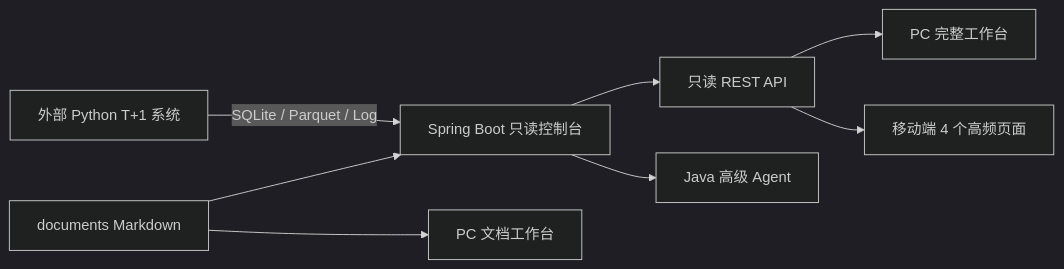
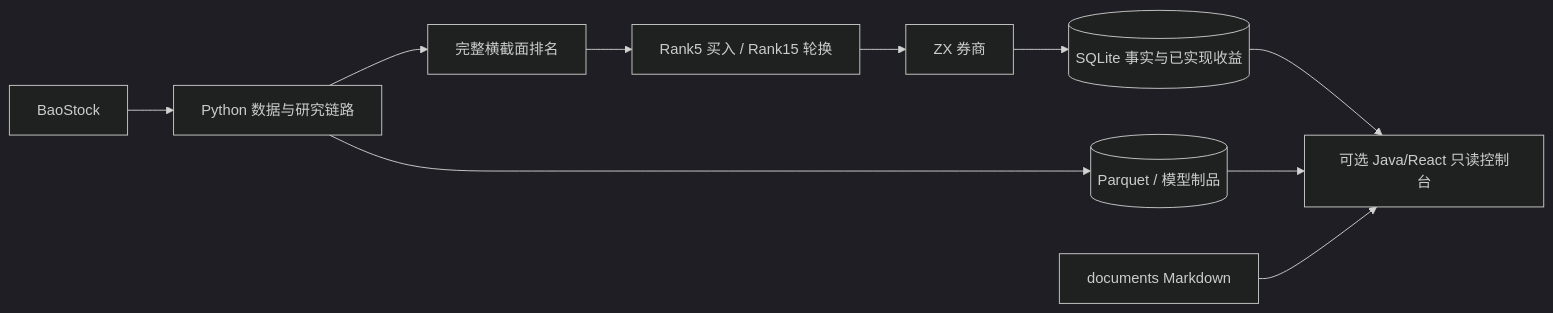
One commit to mwangli/stock-trading changed the diagram in documents/index.md. Above: the diagram before and after it, drawn with Mermaid (dark theme). The commit also changed other lines of this file and 25 other files, not shown here.

````diff
--- a/documents/index.md
+++ b/documents/index.md
@@ -23,10 +30,12 @@
 ```mermaid
 flowchart LR
-  P[外部 Python T+1 系统] -->|SQLite / Parquet / Log| B[Spring Boot 只读控制台]
-  D[documents Markdown] --> B
-  B --> API[只读 REST API]
-  API --> PC[PC 完整工作台]
-  API --> M[移动端 4 个高频页面]
-  B --> A[Java 高级 Agent]
-  D --> W[PC 文档工作台]
+  M[BaoStock] --> P[Python 数据与研究链路]
+  P --> R[完整横截面排名]
+  R --> T[Rank5 买入 / Rank15 轮换]
+  T --> B[ZX 券商]
+  B --> S[(SQLite 事实与已实现收益)]
+  P --> F[(Parquet / 模型制品)]
+  S --> W[可选 Java/React 只读控制台]
+  F --> W
+  D[documents Markdown] --> W
 ```
````
